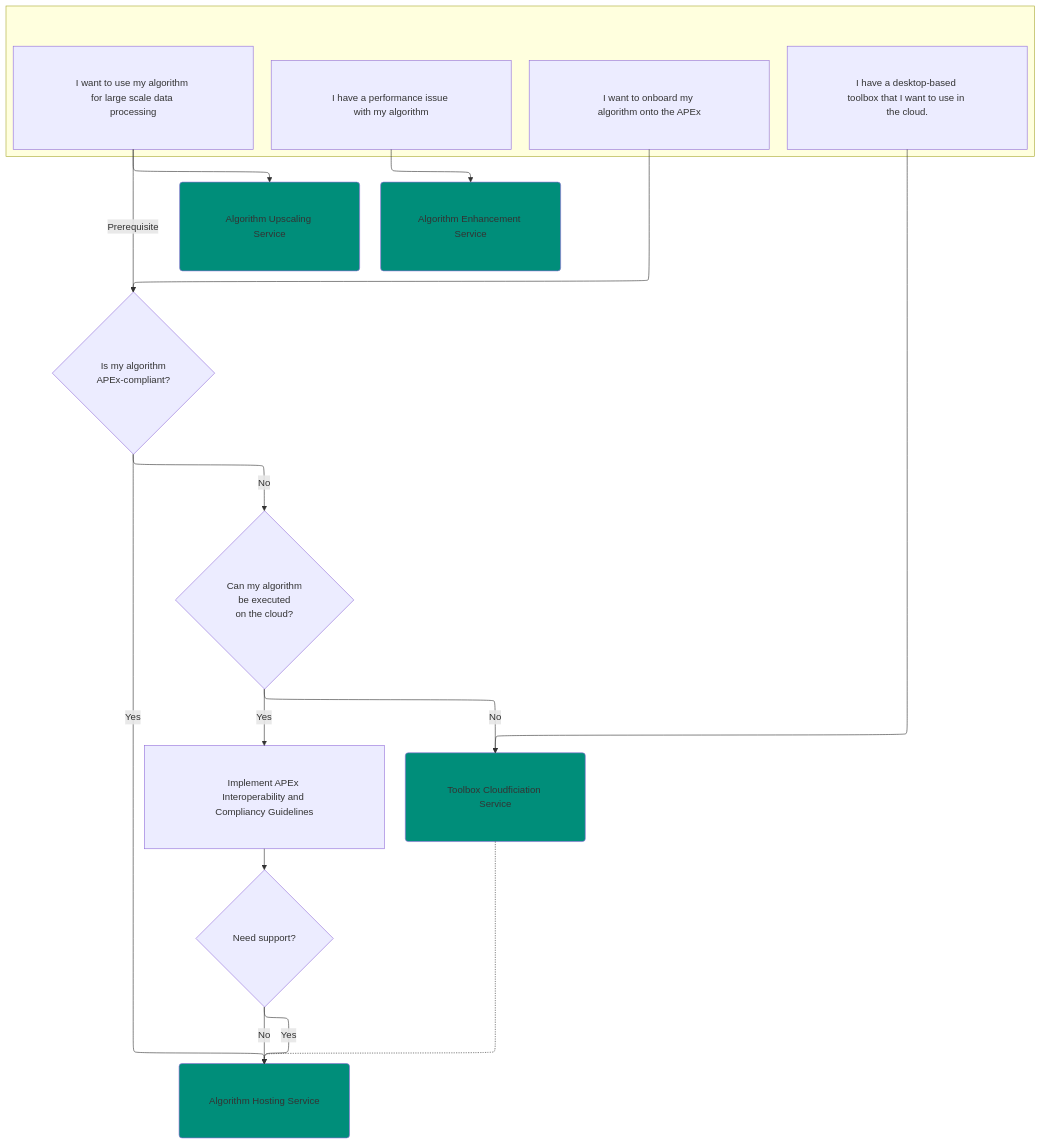
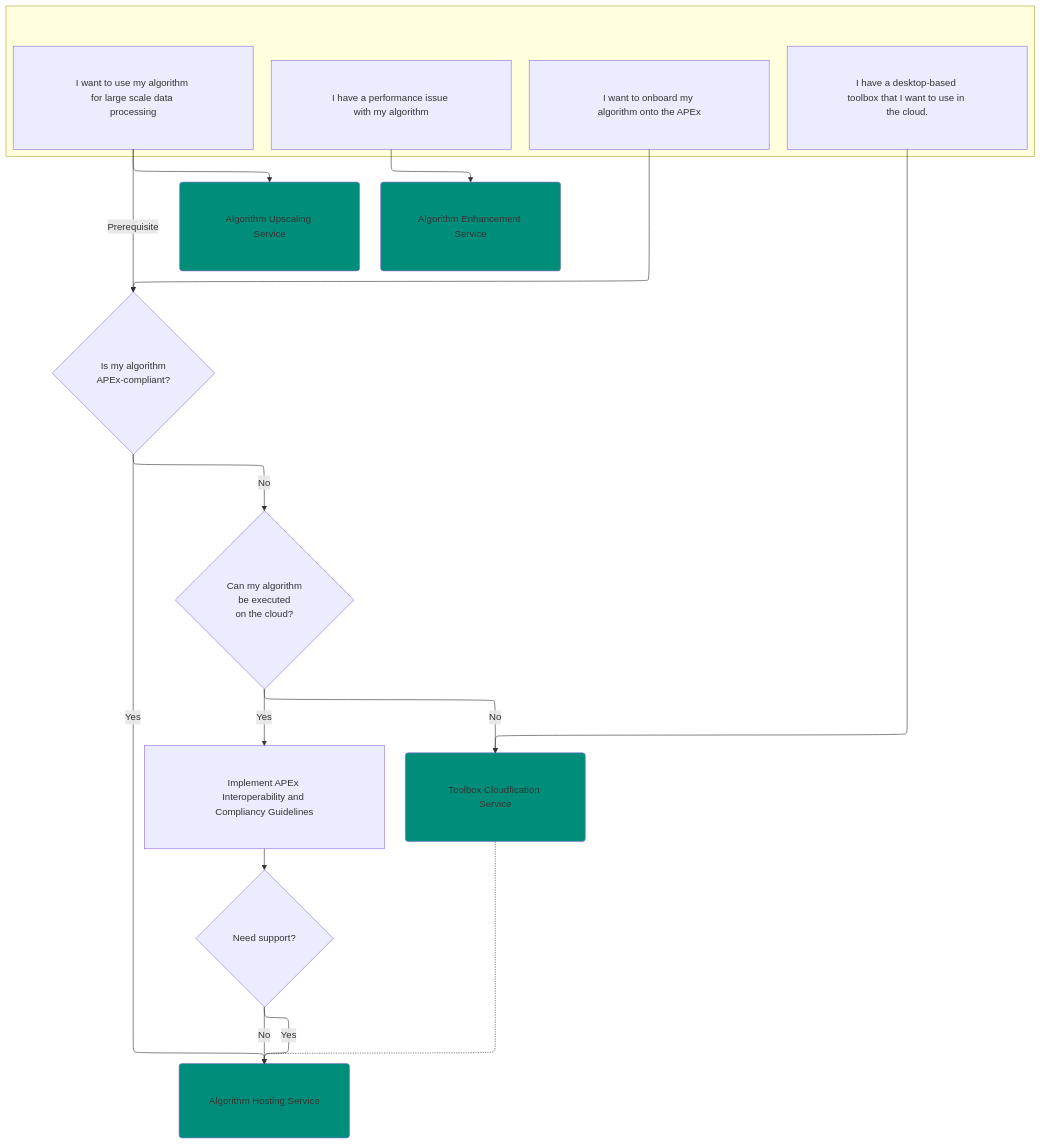
The diagram in propagation/index.qmd (ESA-APEx/apex_documentation), drawn with Mermaid before and after one commit.

Commit message:
propagation: fixed typo

````diff
--- a/propagation/index.qmd
+++ b/propagation/index.qmd
@@ -123,31 +123,31 @@
 ```{mermaid}
 %%{init: {"elk": {"mergeEdges": true}, "flowchart": {"diagramPadding": 20, "nodeSpacing": 75, "defaultRenderer": "elk", "padding": 50}} }%%
 flowchart TD
     subgraph START[" "]
     direction LR
        ONBOARD_START[I want to onboard my algorithm onto the APEx] 
        UPSCALE_START[I want to use my algorithm for large scale data processing]
        ENHANCEMENT_START[I have a performance issue with my algorithm]
        TOOLBOX_START[I have a desktop-based toolbox that I want to use in the cloud.]
     end
 
     ONBOARD_START --> APEX_COMPLIANT{Is my algorithm<br/>APEx-compliant?}
     APEX_COMPLIANT --> | Yes | ALGO_HOSTING(Algorithm Hosting Service):::highlight
     APEX_COMPLIANT --> | No | CLOUD_COMPLIANT{Can my algorithm<br/>be executed<br />on the cloud?}
     CLOUD_COMPLIANT --> | Yes | GUIDELINES[Implement APEx Interoperability and Compliancy Guidelines]
     GUIDELINES --> GUIDELINES_SUPPORT{Need support?}
     GUIDELINES_SUPPORT --> | Yes | ALGO_HOSTING
     GUIDELINES_SUPPORT --> | No | ALGO_HOSTING
-    CLOUD_COMPLIANT --> | No | TOOLBOX_CLOUDIFICATION(Toolbox Cloudficiation Service):::highlight
+    CLOUD_COMPLIANT --> | No | TOOLBOX_CLOUDIFICATION(Toolbox Cloudfication Service):::highlight
     TOOLBOX_CLOUDIFICATION -.-> ALGO_HOSTING
 
 
     UPSCALE_START --> | Prerequisite | APEX_COMPLIANT
     UPSCALE_START --> ALGO_UPSCALING(Algorithm Upscaling Service):::highlight
 
     ENHANCEMENT_START --> ALGO_ENHANCMENT(Algorithm Enhancement Service):::highlight
 
     TOOLBOX_START --> TOOLBOX_CLOUDIFICATION
        
     classDef highlight fill:#008E7A    
 ```
````
